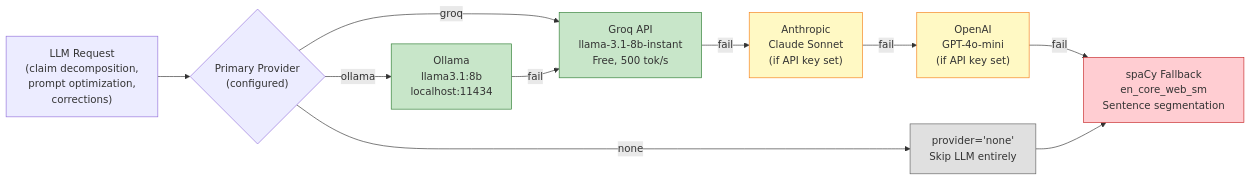
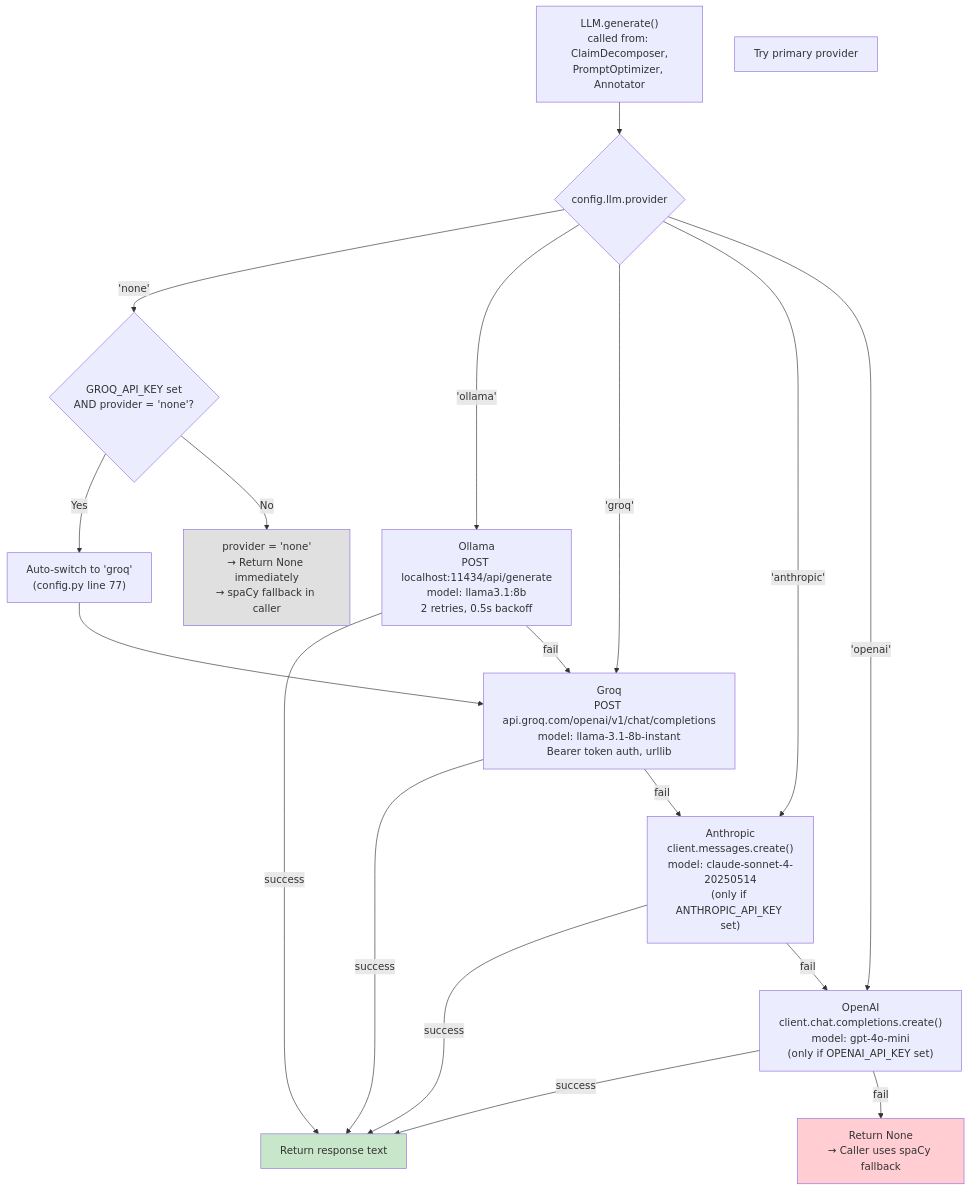
Before and after one commit to ASHISH-ADITYA/VeriFACT-AI: the tenth of 10 diagrams in DIAGRAMS_MERMAID.md, drawn with Mermaid. The commit also changed other lines of this file, not shown here.

Commit message:
Rewrite all 10 diagrams: verified against source code, exact decision branches

````diff
--- a/DIAGRAMS_MERMAID.md
+++ b/DIAGRAMS_MERMAID.md
@@ -557,30 +536,48 @@
 ```mermaid
-graph LR
-    REQ["LLM Request<br/>(claim decomposition,<br/>prompt optimization,<br/>corrections)"]
+graph TD
+    REQUEST["LLM.generate()\ncalled from: ClaimDecomposer,\nPromptOptimizer, Annotator"]
 
-    P1{"Primary Provider<br/>(configured)"}
-    OLLAMA["Ollama<br/>llama3.1:8b<br/>localhost:11434"]
-    GROQ["Groq API<br/>llama-3.1-8b-instant<br/>Free, 500 tok/s"]
-    ANTHRO["Anthropic<br/>Claude Sonnet<br/>(if API key set)"]
-    OPENAI["OpenAI<br/>GPT-4o-mini<br/>(if API key set)"]
-    SPACY["spaCy Fallback<br/>en_core_web_sm<br/>Sentence segmentation"]
-    NONE["provider='none'<br/>Skip LLM entirely"]
+    PROVIDER{"config.llm.provider"}
 
-    REQ --> P1
-    P1 -->|"ollama"| OLLAMA
-    P1 -->|"groq"| GROQ
-    P1 -->|"none"| NONE
+    NONE_CHECK["provider = 'none'\n→ Return None immediately\n→ spaCy fallback in caller"]
 
-    OLLAMA -->|"fail"| GROQ
-    GROQ -->|"fail"| ANTHRO
-    ANTHRO -->|"fail"| OPENAI
-    OPENAI -->|"fail"| SPACY
-    NONE --> SPACY
+    GROQ_AUTO{"GROQ_API_KEY set\nAND provider = 'none'?"}
+    AUTO_SWITCH["Auto-switch to 'groq'\n(config.py line 77)"]
 
-    style OLLAMA fill:#c8e6c9,stroke:#2e7d32
-    style GROQ fill:#c8e6c9,stroke:#2e7d32
-    style ANTHRO fill:#fff9c4,stroke:#f57f17
-    style OPENAI fill:#fff9c4,stroke:#f57f17
-    style SPACY fill:#ffcdd2,stroke:#c62828
-    style NONE fill:#e0e0e0,stroke:#616161
+    PRIMARY["Try primary provider"]
+
+    OLLAMA_TRY["Ollama\nPOST localhost:11434/api/generate\nmodel: llama3.1:8b\n2 retries, 0.5s backoff"]
+
+    GROQ_TRY["Groq\nPOST api.groq.com/openai/v1/chat/completions\nmodel: llama-3.1-8b-instant\nBearer token auth, urllib"]
+
+    ANTHRO_TRY["Anthropic\nclient.messages.create()\nmodel: claude-sonnet-4-20250514\n(only if ANTHROPIC_API_KEY set)"]
+
+    OPENAI_TRY["OpenAI\nclient.chat.completions.create()\nmodel: gpt-4o-mini\n(only if OPENAI_API_KEY set)"]
+
+    SUCCESS["Return response text"]
+    FAIL["Return None\n→ Caller uses spaCy fallback"]
+
+    REQUEST --> PROVIDER
+    PROVIDER -->|"'none'"| GROQ_AUTO
+    GROQ_AUTO -->|"Yes"| AUTO_SWITCH
+    AUTO_SWITCH --> GROQ_TRY
+    GROQ_AUTO -->|"No"| NONE_CHECK
+
+    PROVIDER -->|"'ollama'"| OLLAMA_TRY
+    PROVIDER -->|"'groq'"| GROQ_TRY
+    PROVIDER -->|"'anthropic'"| ANTHRO_TRY
+    PROVIDER -->|"'openai'"| OPENAI_TRY
+
+    OLLAMA_TRY -->|"success"| SUCCESS
+    OLLAMA_TRY -->|"fail"| GROQ_TRY
+    GROQ_TRY -->|"success"| SUCCESS
+    GROQ_TRY -->|"fail"| ANTHRO_TRY
+    ANTHRO_TRY -->|"success"| SUCCESS
+    ANTHRO_TRY -->|"fail"| OPENAI_TRY
+    OPENAI_TRY -->|"success"| SUCCESS
+    OPENAI_TRY -->|"fail"| FAIL
+
+    style SUCCESS fill:#C8E6C9
+    style FAIL fill:#FFCDD2
+    style NONE_CHECK fill:#E0E0E0
 ```
````
